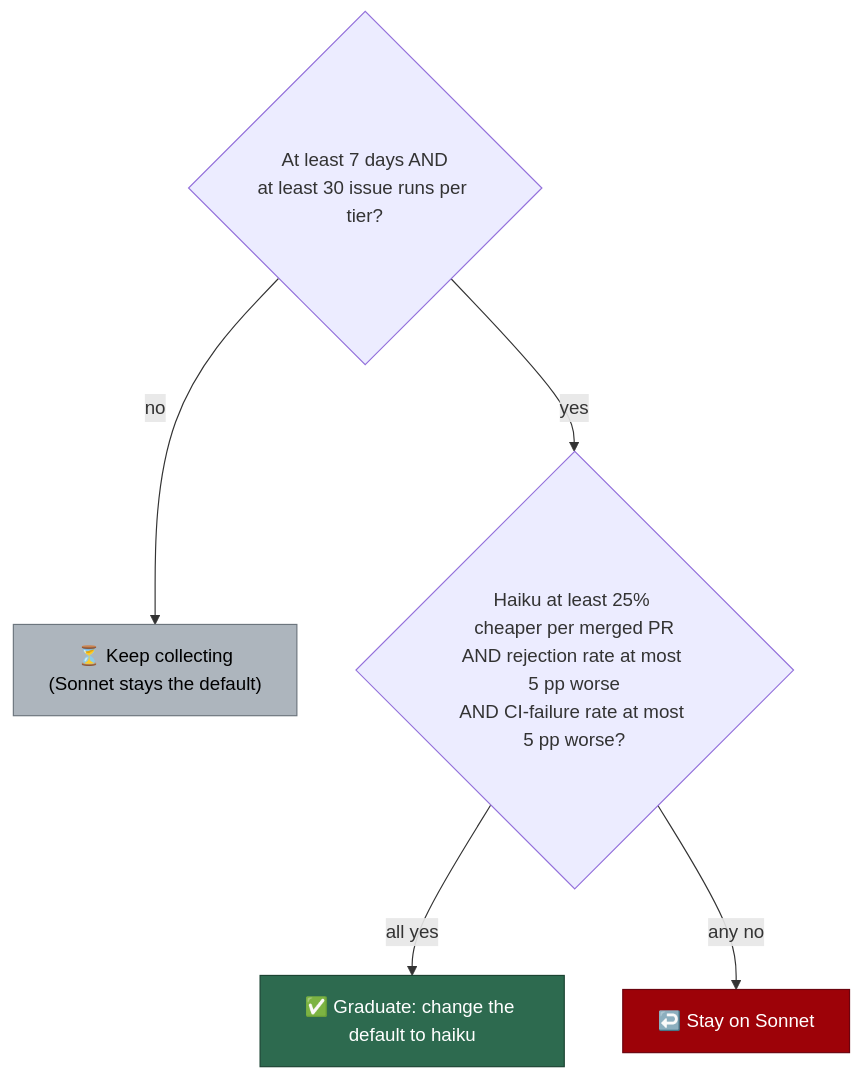
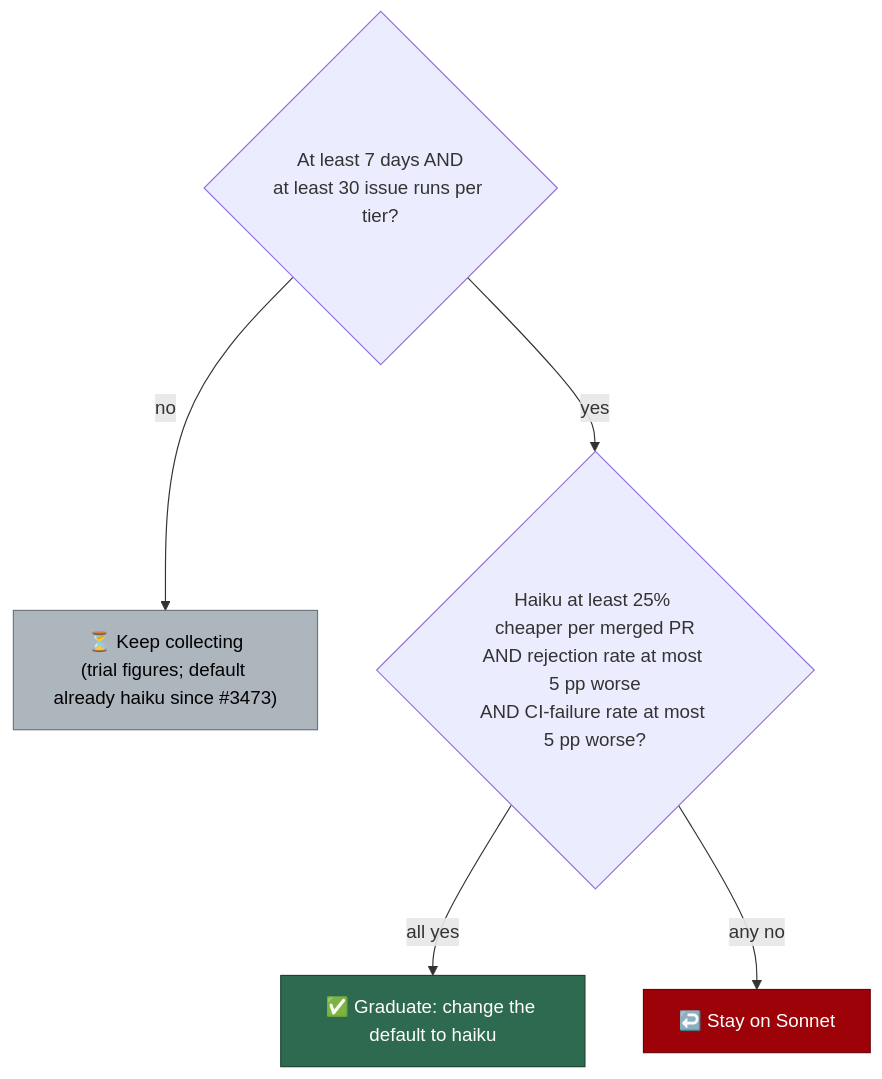
The third of 16 diagrams in docs/MODEL-AND-CACHING.md (stSoftwareAU/VibeCoder), drawn with Mermaid before and after one commit. The commit also changed other lines of this file and 9 other files, not shown here.

First line of the commit message:
Default the issue phase to a Sonnet manager over Haiku executors

````diff
--- a/docs/MODEL-AND-CACHING.md
+++ b/docs/MODEL-AND-CACHING.md
@@ -937,10 +949,10 @@
 ```mermaid
 flowchart TD
-    W{"At least 7 days AND<br/>at least 30 issue runs per tier?"} -->|no| C["⏳ Keep collecting<br/>(Sonnet stays the default)"]
+    W{"At least 7 days AND<br/>at least 30 issue runs per tier?"} -->|no| C["⏳ Keep collecting<br/>(trial figures; default already haiku since #3473)"]
     W -->|yes| X{"Haiku at least 25% cheaper per merged PR<br/>AND rejection rate at most 5 pp worse<br/>AND CI-failure rate at most 5 pp worse?"}
     X -->|all yes| G["✅ Graduate: change the default to haiku"]
     X -->|any no| S["↩️ Stay on Sonnet"]
     style G fill:#2d6a4f,stroke:#1b4332,color:#fff
     style S fill:#9d0208,stroke:#6a040f,color:#fff
     style C fill:#adb5bd,stroke:#6c757d,color:#000
 ```
````
